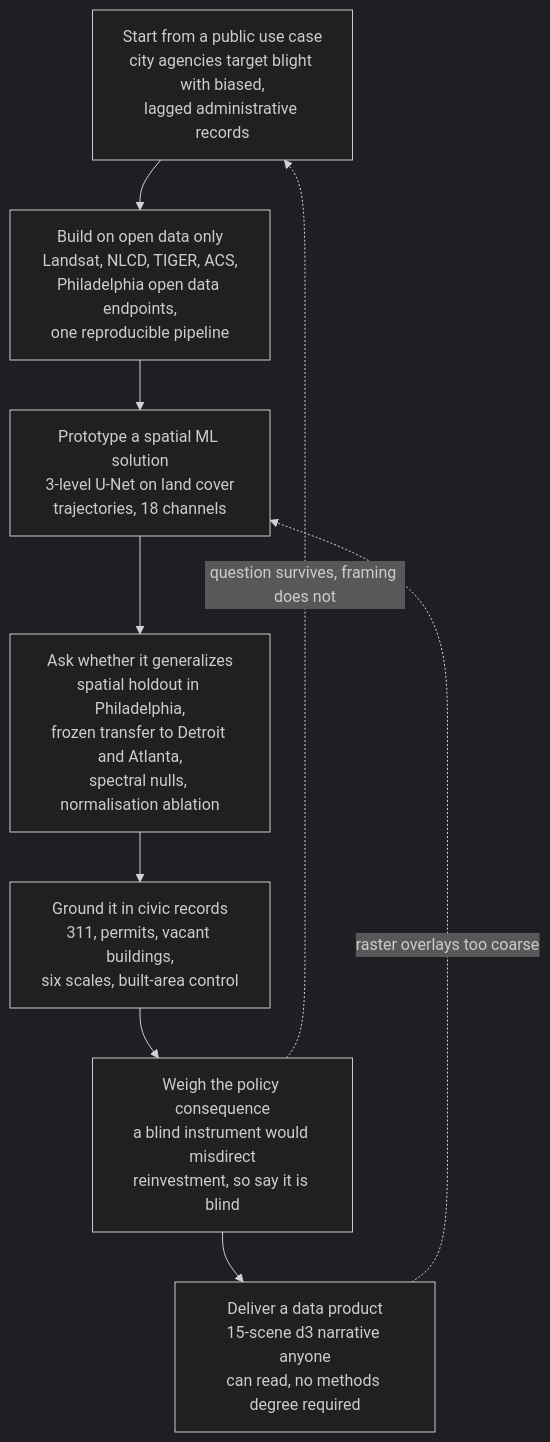
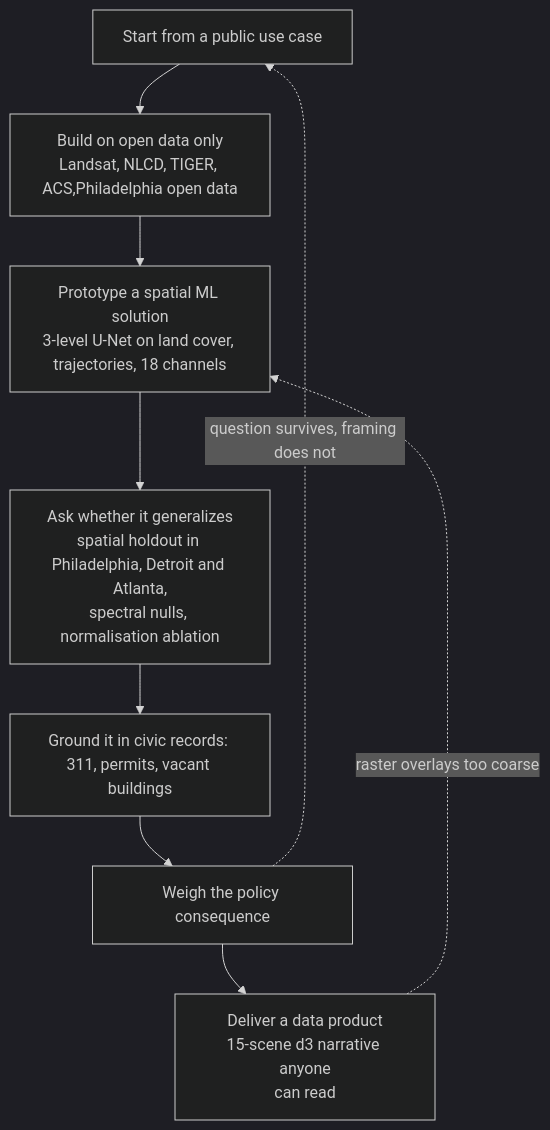
The diagram in README.md (cyber-hbliu/musa650-finalproject), drawn with Mermaid (dark theme) before and after one commit.

````diff
--- a/README.md
+++ b/README.md
@@ -19,13 +19,13 @@
 ```mermaid
 flowchart TD
-    A["Start from a public use case<br/>city agencies target blight with biased,<br/>lagged administrative records"]
-    B["Build on open data only<br/>Landsat, NLCD, TIGER, ACS,<br/>Philadelphia open data endpoints,<br/>one reproducible pipeline"]
-    C["Prototype a spatial ML solution<br/>3-level U-Net on land cover<br/>trajectories, 18 channels"]
-    D["Ask whether it generalizes<br/>spatial holdout in Philadelphia,<br/>frozen transfer to Detroit and Atlanta,<br/>spectral nulls, normalisation ablation"]
-    E["Ground it in civic records<br/>311, permits, vacant buildings,<br/>six scales, built-area control"]
-    F["Weigh the policy consequence<br/>a blind instrument would misdirect<br/>reinvestment, so say it is blind"]
-    G["Deliver a data product<br/>15-scene d3 narrative anyone<br/>can read, no methods degree required"]
+    A["Start from a public use case"]
+    B["Build on open data only<br/>Landsat, NLCD, TIGER, ACS,Philadelphia open data"]
+    C["Prototype a spatial ML solution<br/>3-level U-Net on land cover, trajectories, 18 channels"]
+    D["Ask whether it generalizes<br/>spatial holdout in Philadelphia, Detroit and Atlanta,<br/>spectral nulls, normalisation ablation"]
+    E["Ground it in civic records: 311, permits, vacant buildings"]
+    F["Weigh the policy consequence"]
+    G["Deliver a data product<br/>15-scene d3 narrative anyone<br/>can read"]
     A --> B --> C --> D --> E --> F --> G
     F -.->|question survives, framing does not| A
     G -.->|raster overlays too coarse| C
 ```
````
